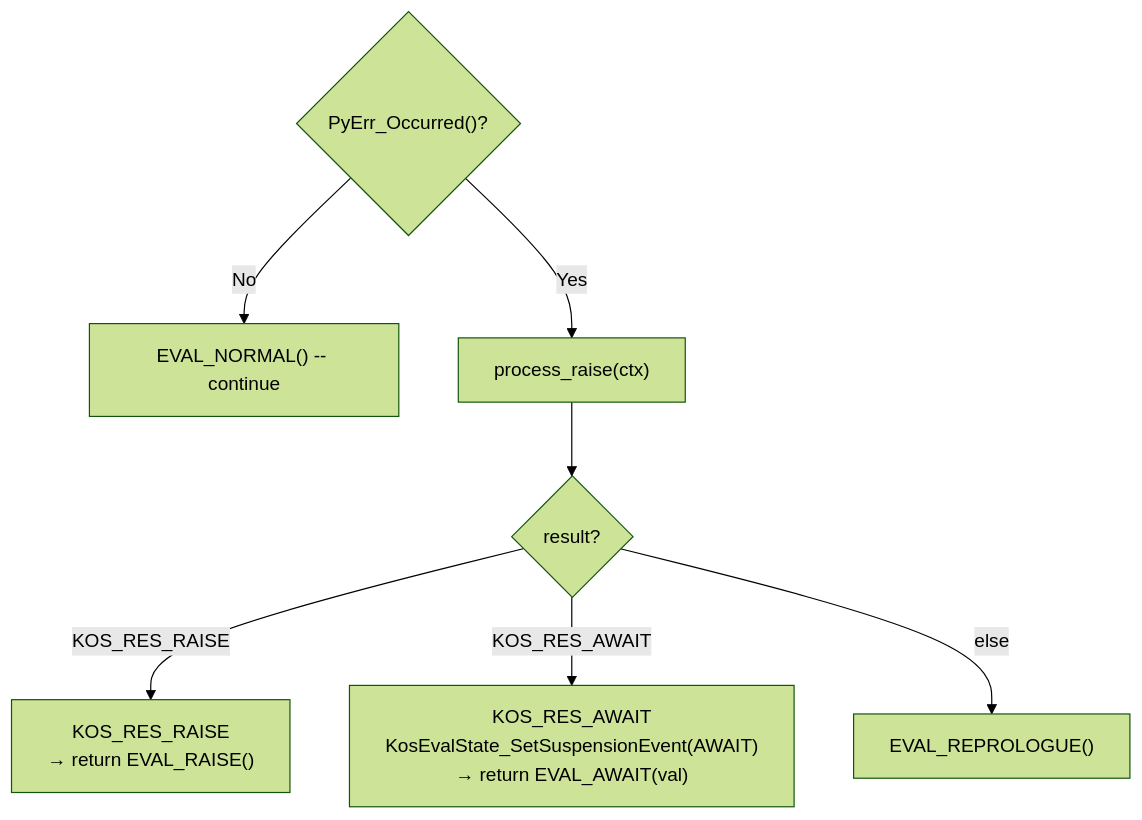
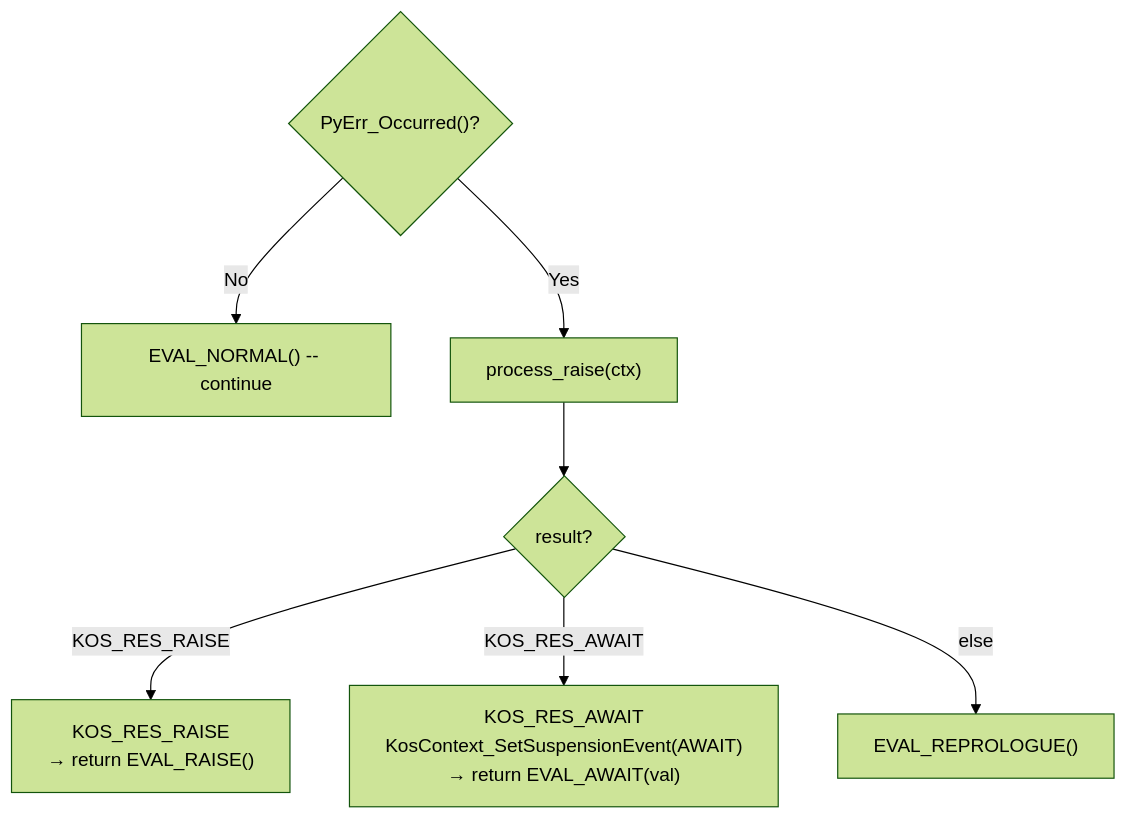
Before and after one commit to koskari-lang/koskari: the fifth of 12 diagrams in design/EVALUATOR.md, drawn with Mermaid (forest theme). The commit also changed other lines of this file and 303 other files, not shown here.

First line of the commit message:
Fold the KosEvalState_* names into the KosContext_* family

````diff
--- a/design/EVALUATOR.md
+++ b/design/EVALUATOR.md
@@ -328,17 +328,17 @@
 ```mermaid
 flowchart TD
     pyerr{"PyErr_Occurred()?"}
     cont["EVAL_NORMAL() -- continue"]
     process["process_raise(ctx)"]
     raise_check{"result?"}
     stop_raise["KOS_RES_RAISE<br/>→ return EVAL_RAISE()"]
-    stop_await["KOS_RES_AWAIT<br/>KosEvalState_SetSuspensionEvent(AWAIT)<br/>→ return EVAL_AWAIT(val)"]
+    stop_await["KOS_RES_AWAIT<br/>KosContext_SetSuspensionEvent(AWAIT)<br/>→ return EVAL_AWAIT(val)"]
     repro["EVAL_REPROLOGUE()"]
 
     pyerr -->|No| cont
     pyerr -->|Yes| process
     process --> raise_check
     raise_check -->|KOS_RES_RAISE| stop_raise
     raise_check -->|KOS_RES_AWAIT| stop_await
     raise_check -->|else| repro
 ```
````
